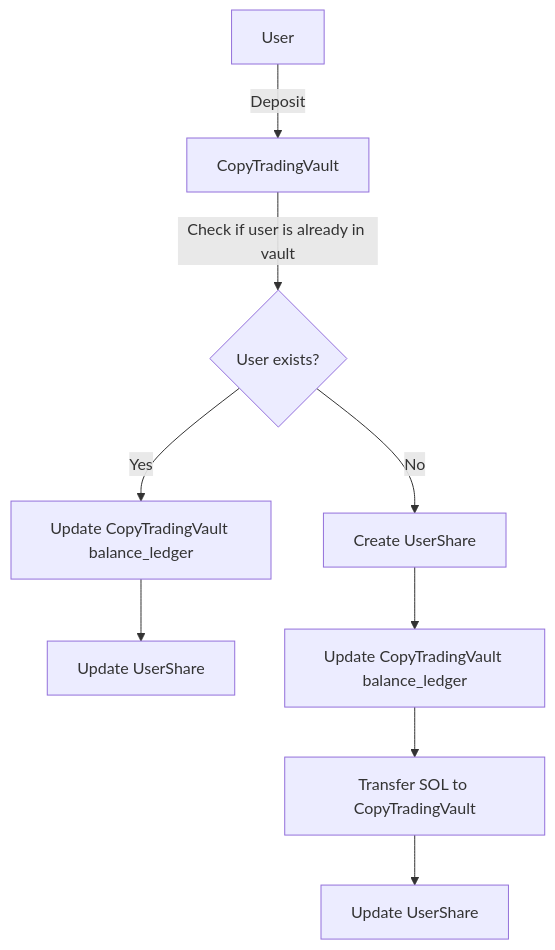
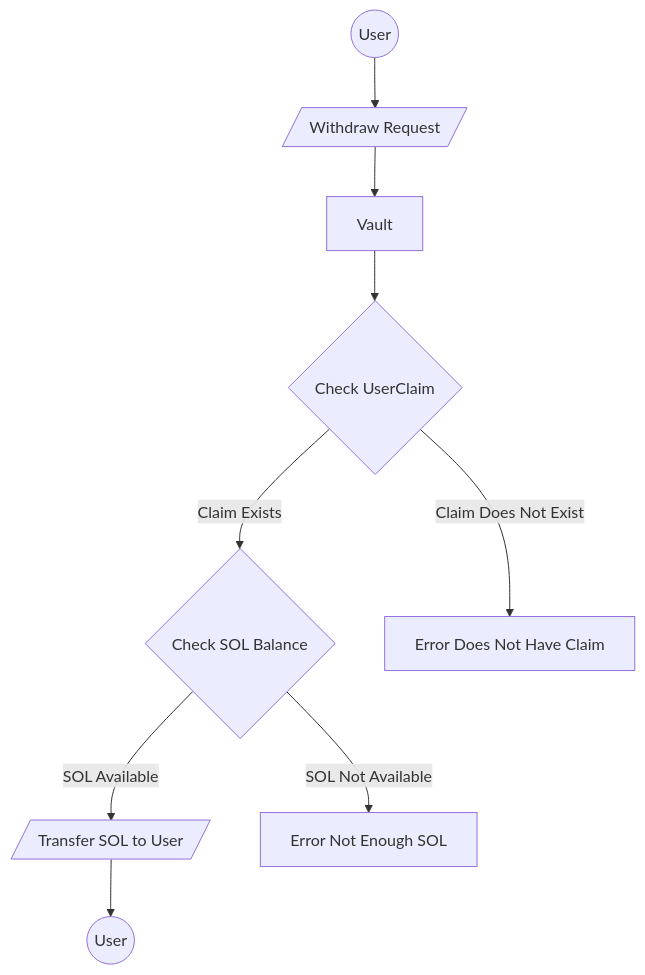
One commit to n3m6/Q2_25_Builder_Faraz changed the fifth of 7 diagrams in docs/Architecture.md. Above: the diagram before and after it, drawn with Mermaid. The commit also changed other lines of this file, not shown here.

````diff
--- a/docs/Architecture.md
+++ b/docs/Architecture.md
@@ -85,11 +97,12 @@
 ```mermaid
 flowchart TD
-    A[User] -->|Deposit| B[CopyTradingVault]
-    B -->|Check if user is already in vault| C{User exists?}
-    C -->|Yes| D[Update CopyTradingVault balance_ledger]
-    D --> I[Update UserShare]
-    C -->|No| E[Create UserShare]
-    E --> F[Update CopyTradingVault balance_ledger]
-    F --> G[Transfer SOL to CopyTradingVault]
-    G --> H[Update UserShare]
+    A((User)) --> B[/Withdraw Request/]
+    B --> C[Vault]
+    C --> D{Check UserClaim}
+    D -->|Claim Exists| E{Check SOL Balance}
+    D -->|Claim Does Not Exist| F[Error Does Not Have Claim]
+    E -->|SOL Available| G[/Transfer SOL to User/]
+    E -->|SOL Not Available| H[Error Not Enough SOL]
+    G --> I((User))
+    
 ```
````
